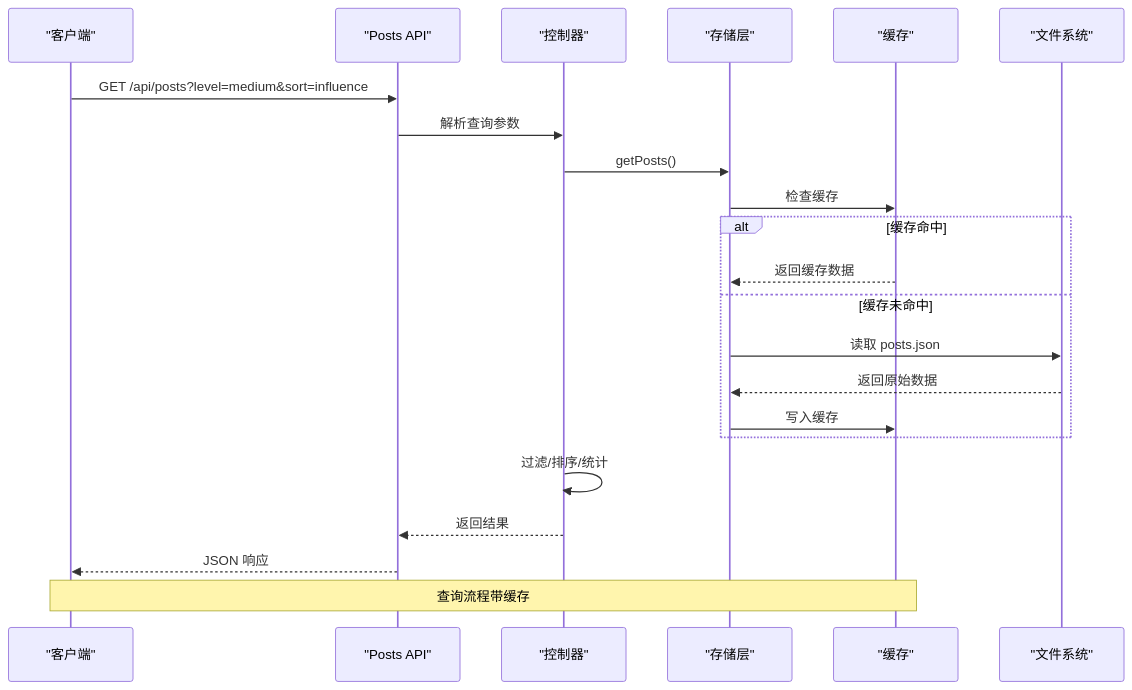
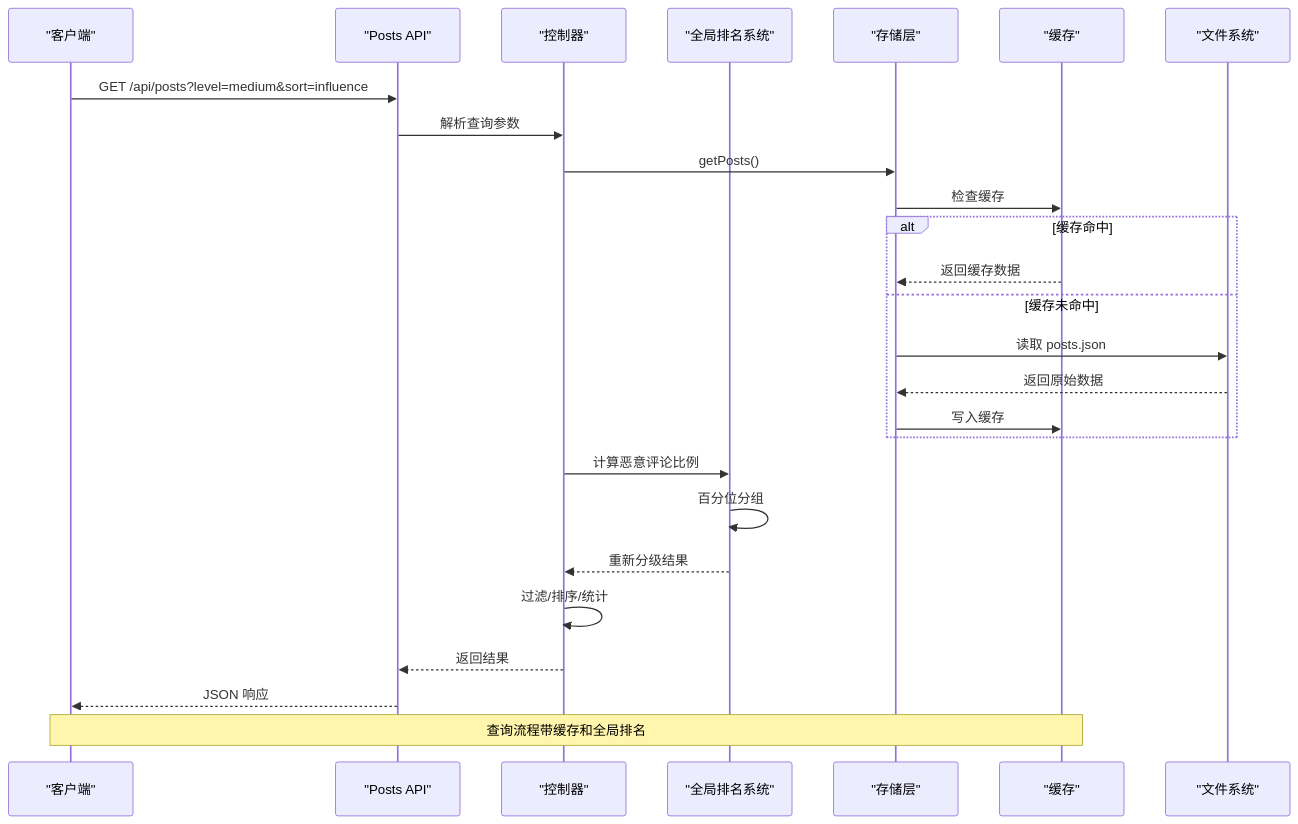
One commit to zezzezzez/reddit changed the second of 5 diagrams in .qoder/repowiki/zh/content/API 接口文档/帖子管理 API.md. Above: the diagram before and after it, drawn with Mermaid. The commit also changed other lines of this file and 21 other files, not shown here.

````diff
--- a/.qoder/repowiki/zh/content/API 接口文档/帖子管理 API.md
+++ b/.qoder/repowiki/zh/content/API 接口文档/帖子管理 API.md
@@ -159,24 +165,28 @@
 ```mermaid
 sequenceDiagram
 participant Client as "客户端"
 participant API as "Posts API"
 participant Controller as "控制器"
+participant GlobalRanking as "全局排名系统"
 participant Store as "存储层"
 participant Cache as "缓存"
 participant File as "文件系统"
 Client->>API : GET /api/posts?level=medium&sort=influence
 API->>Controller : 解析查询参数
 Controller->>Store : getPosts()
 Store->>Cache : 检查缓存
 alt 缓存命中
 Cache-->>Store : 返回缓存数据
 else 缓存未命中
 Store->>File : 读取 posts.json
 File-->>Store : 返回原始数据
 Store->>Cache : 写入缓存
 end
+Controller->>GlobalRanking : 计算恶意评论比例
+GlobalRanking->>GlobalRanking : 百分位分组
+GlobalRanking-->>Controller : 重新分级结果
 Controller->>Controller : 过滤/排序/统计
 Controller-->>API : 返回结果
 API-->>Client : JSON 响应
-Note over Client,Cache : 查询流程带缓存
+Note over Client,Cache : 查询流程带缓存和全局排名
 ```
````
